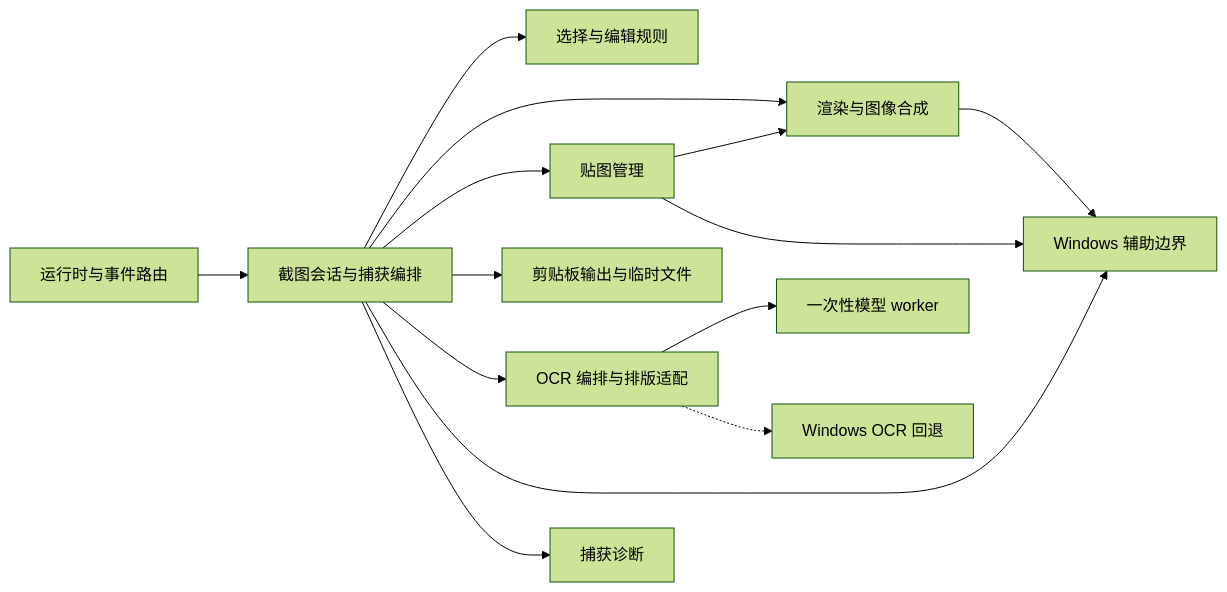
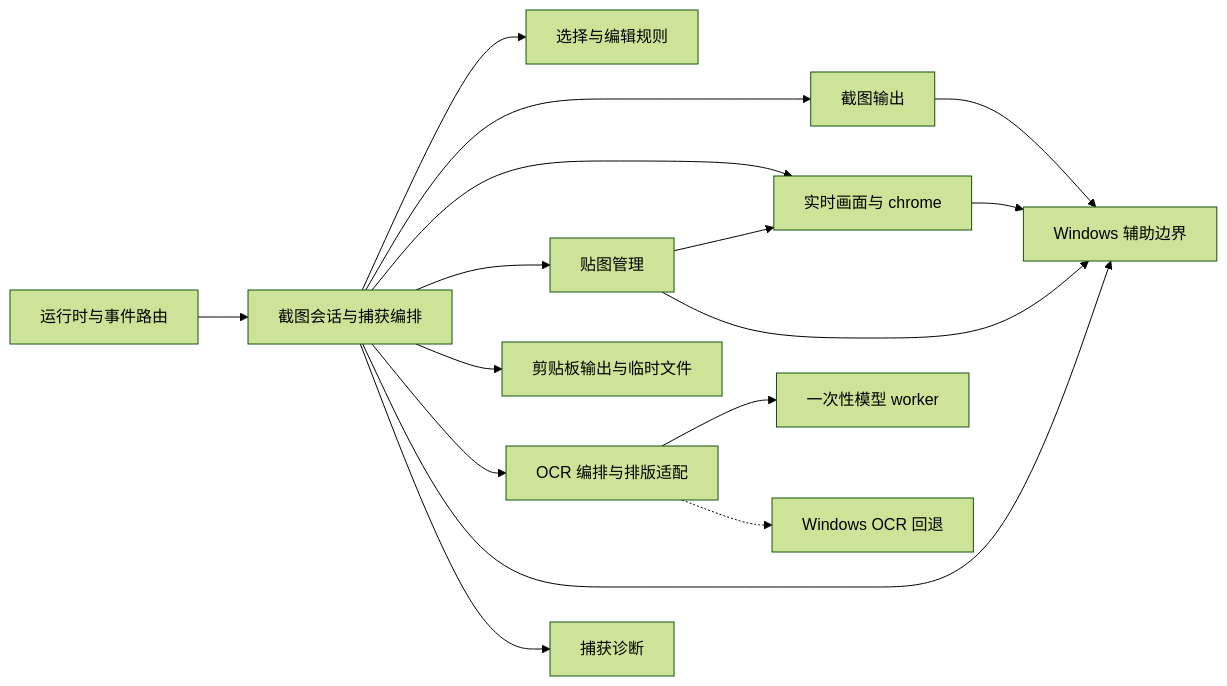
Before and after one commit to idkwhatimdoing62/rshot: the fifth of 10 diagrams in DESIGN.md, drawn with Mermaid (forest theme). The commit also changed other lines of this file and 14 other files, not shown here.

````diff
--- a/DESIGN.md
+++ b/DESIGN.md
@@ -699,16 +715,18 @@
 ```mermaid
 flowchart LR
     Input["运行时与事件路由"] --> Session["截图会话与捕获编排"]
     Session --> Rules["选择与编辑规则"]
-    Session --> Render["渲染与图像合成"]
+    Session --> Output["截图输出"]
+    Session --> Render["实时画面与 chrome"]
     Session --> Pins["贴图管理"]
     Session --> Clip["剪贴板输出与临时文件"]
     Session --> OCR["OCR 编排与排版适配"]
     OCR --> Worker["一次性模型 worker"]
     OCR -.-> WinOCR["Windows OCR 回退"]
     Session --> Win["Windows 辅助边界"]
     Session --> Diag["捕获诊断"]
     Pins --> Render
     Pins --> Win
+    Output --> Win
     Render --> Win
 ```
````
